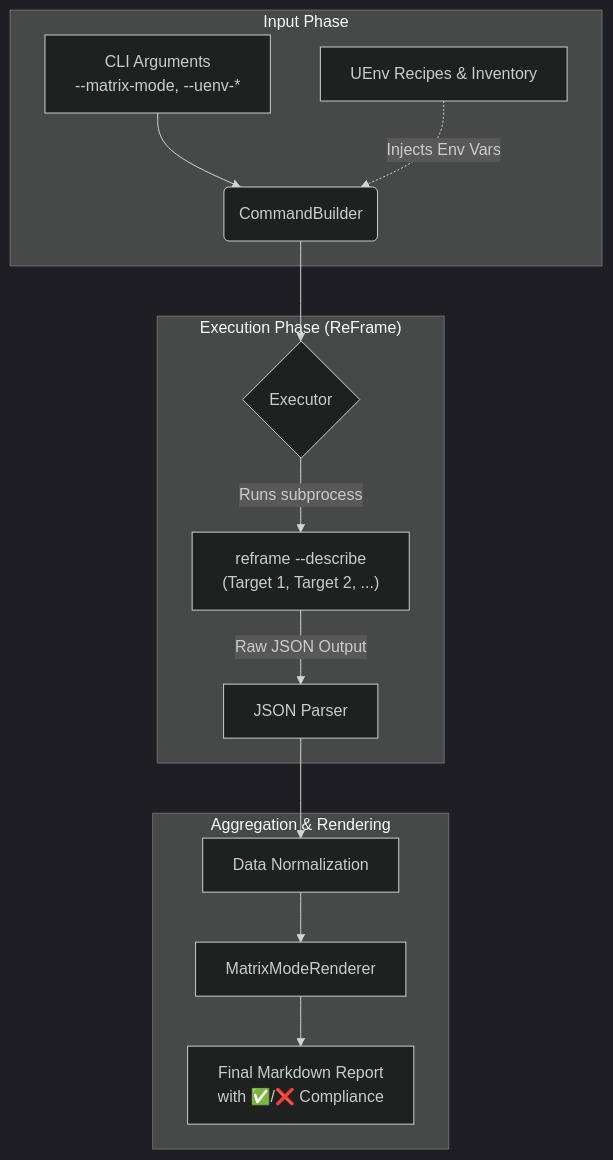
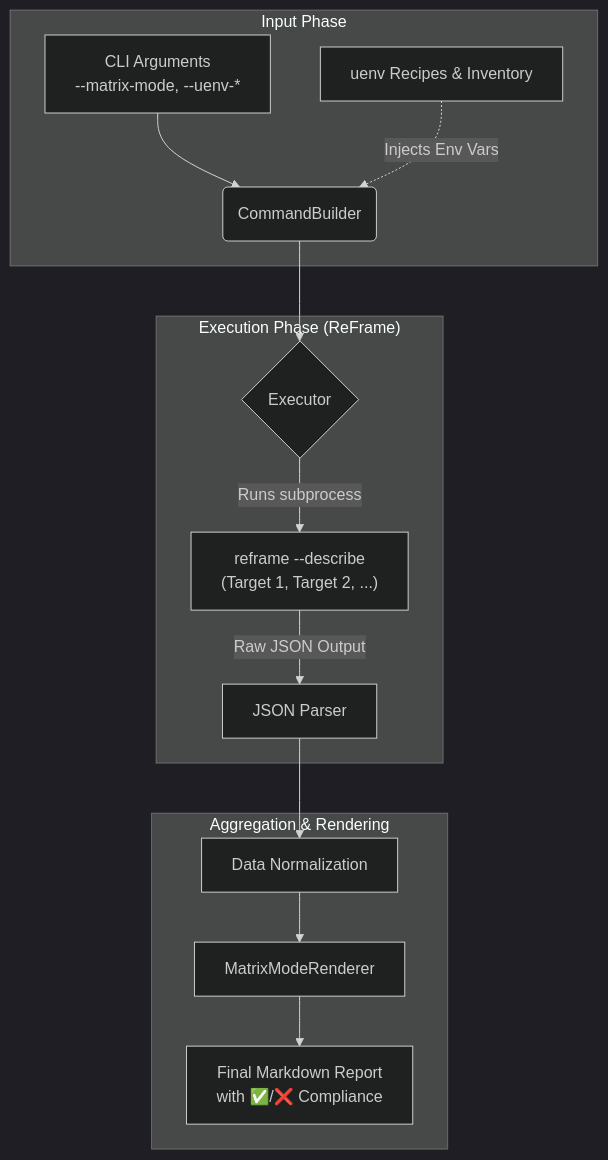
The diagram in reframe_reporter/README.md (gppezzi/cscs-reframe-tests), drawn with Mermaid (dark theme) before and after one commit. The commit also changed other lines of this file, not shown here.

````diff
--- a/reframe_reporter/README.md
+++ b/reframe_reporter/README.md
@@ -42,19 +42,19 @@
 ```mermaid
 graph TD
     subgraph "Input Phase"
         A[CLI Arguments<br/>--matrix-mode, --uenv-*] --> B(CommandBuilder)
-        C[UEnv Recipes & Inventory] -.->|Injects Env Vars| B
+        C[uenv Recipes & Inventory] -.->|Injects Env Vars| B
     end
 
     subgraph "Execution Phase (ReFrame)"
         B --> D{Executor}
         D -->|Runs subprocess| E["reframe --describe<br/>(Target 1, Target 2, ...)"]
         E -->|Raw JSON Output| F[JSON Parser]
     end
 
     subgraph "Aggregation & Rendering"
         F --> G[Data Normalization]
         G --> H[MatrixModeRenderer]
         H --> I[Final Markdown Report<br/>with ✅/❌ Compliance]
     end
 ```
````
